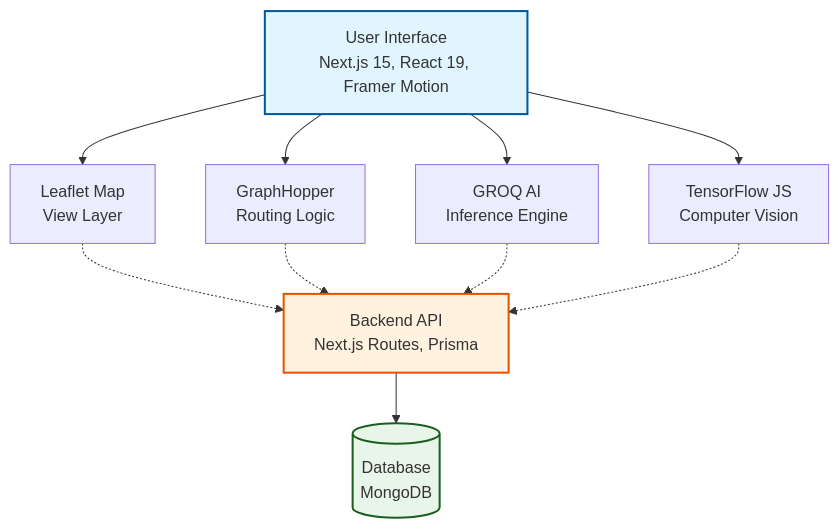
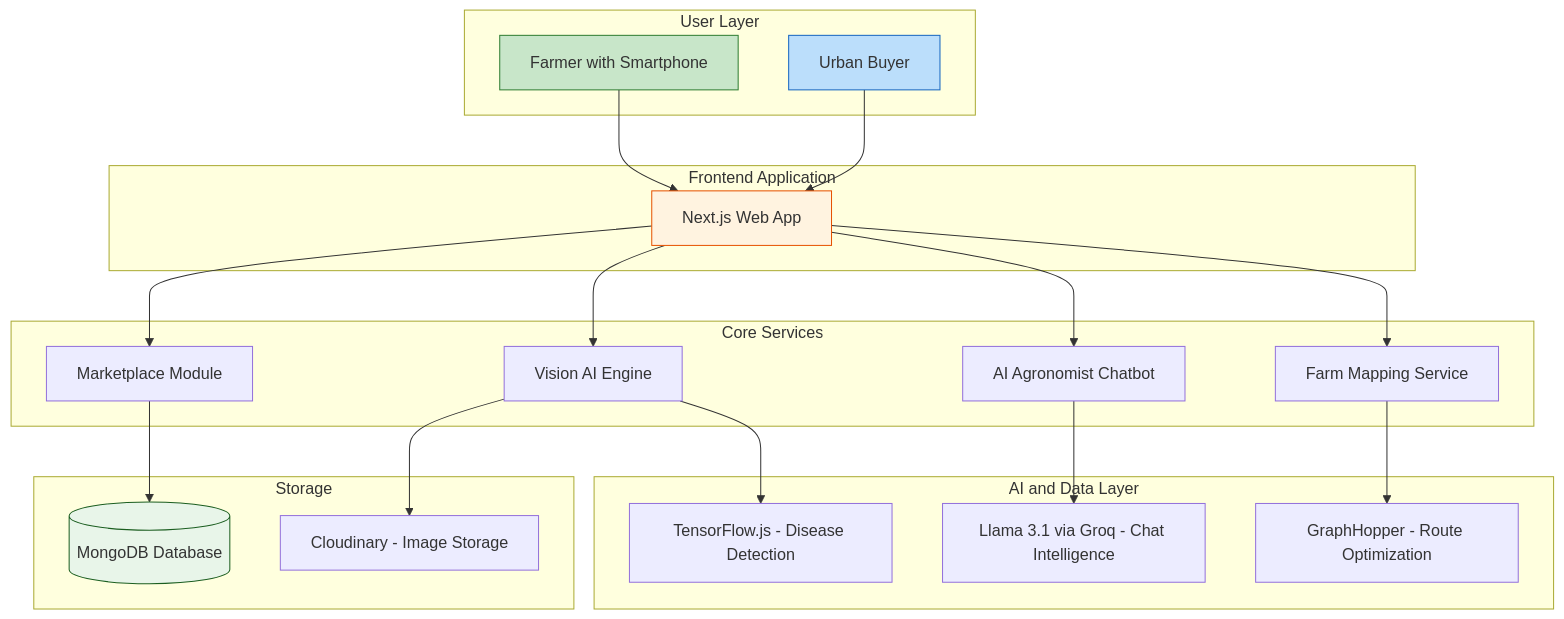
One commit to Khin-96/Agrivision changed the diagram in README.md. Above: the diagram before and after it, drawn with Mermaid. The commit also changed other lines of this file and 1 other file, not shown here.

````diff
--- a/README.md
+++ b/README.md
@@ -94,23 +80,48 @@
 ```mermaid
 graph TD
-    UI[User Interface<br/>Next.js 15, React 19, Framer Motion]
-    
-    %% Client Side Integration
-    UI --> Leaflet[Leaflet Map<br/>View Layer]
-    UI --> GH[GraphHopper<br/>Routing Logic]
-    UI --> Groq[GROQ AI<br/>Inference Engine]
-    UI --> TF[TensorFlow JS<br/>Computer Vision]
+    subgraph User Layer
+        Farmer[Farmer with Smartphone]
+        Buyer[Urban Buyer]
+    end
 
-    %% Data Flow
-    Leaflet -.-> BE[Backend API<br/>Next.js Routes, Prisma]
-    GH -.-> BE
-    Groq -.-> BE
-    TF -.-> BE
+    subgraph Frontend Application
+        UI[Next.js Web App]
+    end
 
-    %% Persistence
-    BE --> DB[(Database<br/>MongoDB)]
+    subgraph Core Services
+        Vision[Vision AI Engine]
+        Chat[AI Agronomist Chatbot]
+        Maps[Farm Mapping Service]
+        Market[Marketplace Module]
+    end
 
-    style UI fill:#e1f5fe,stroke:#01579b,stroke-width:2px
-    style BE fill:#fff3e0,stroke:#e65100,stroke-width:2px
-    style DB fill:#e8f5e9,stroke:#1b5e20,stroke-width:2px
+    subgraph AI and Data Layer
+        TF[TensorFlow.js - Disease Detection]
+        LLM[Llama 3.1 via Groq - Chat Intelligence]
+        GH[GraphHopper - Route Optimization]
+    end
+
+    subgraph Storage
+        DB[(MongoDB Database)]
+        Cloud[Cloudinary - Image Storage]
+    end
+
+    Farmer --> UI
+    Buyer --> UI
+
+    UI --> Vision
+    UI --> Chat
+    UI --> Maps
+    UI --> Market
+
+    Vision --> TF
+    Vision --> Cloud
+    Chat --> LLM
+    Maps --> GH
+    Market --> DB
+
+    style Farmer fill:#c8e6c9,stroke:#2e7d32
+    style Buyer fill:#bbdefb,stroke:#1565c0
+    style UI fill:#fff3e0,stroke:#e65100
+    style DB fill:#e8f5e9,stroke:#1b5e20
 ```
````
